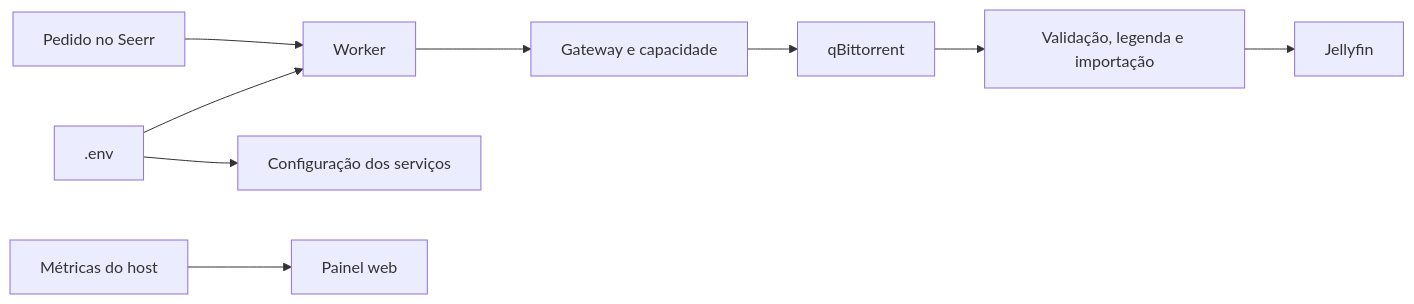
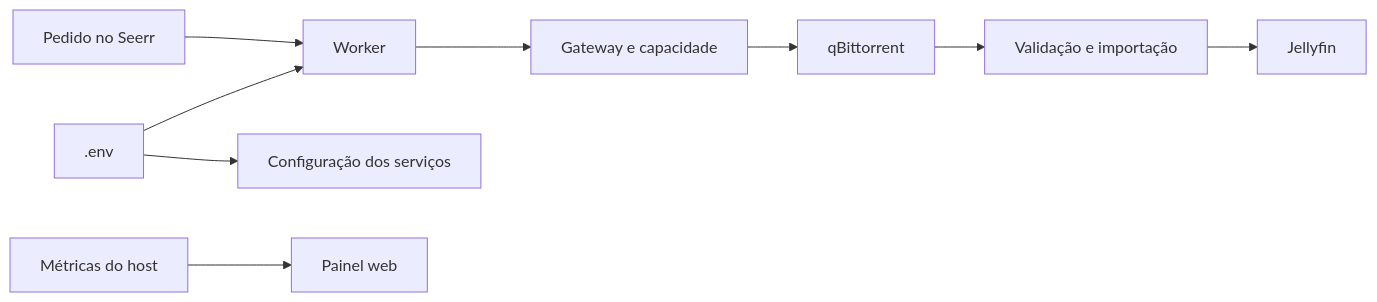
One commit to reisguilherme/homelab-mediaserver changed the diagram in README.md. Above: the diagram before and after it, drawn with Mermaid. The commit also changed other lines of this file and 338 other files, not shown here.

````diff
--- a/README.md
+++ b/README.md
@@ -14,9 +14,9 @@
 ```mermaid
 flowchart LR
   S[Pedido no Seerr] --> W[Worker]
   W --> G[Gateway e capacidade] --> Q[qBittorrent]
-  Q --> I[Validação, legenda e importação] --> J[Jellyfin]
+  Q --> I[Validação e importação] --> J[Jellyfin]
   E[.env] --> W
   E --> O[Configuração dos serviços]
   M[Métricas do host] --> P[Painel web]
 ```
````
